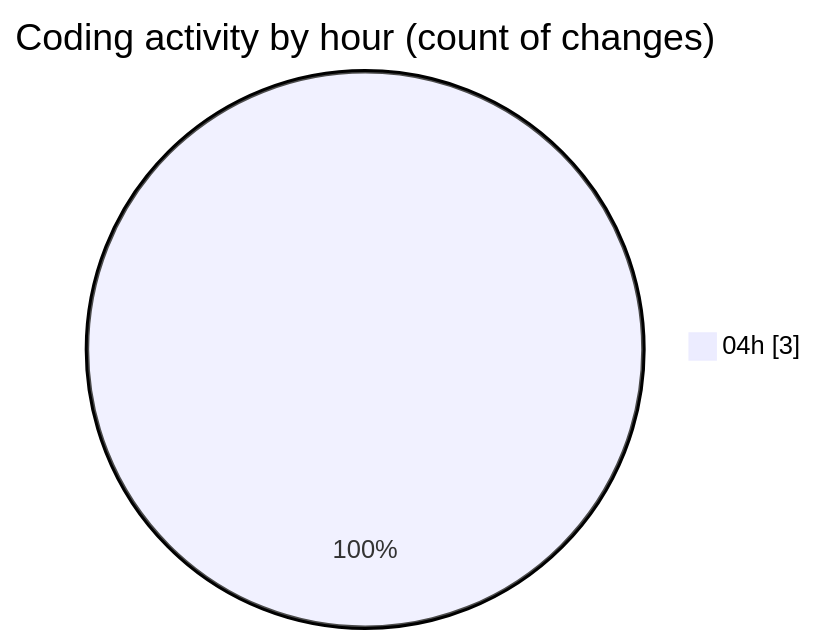
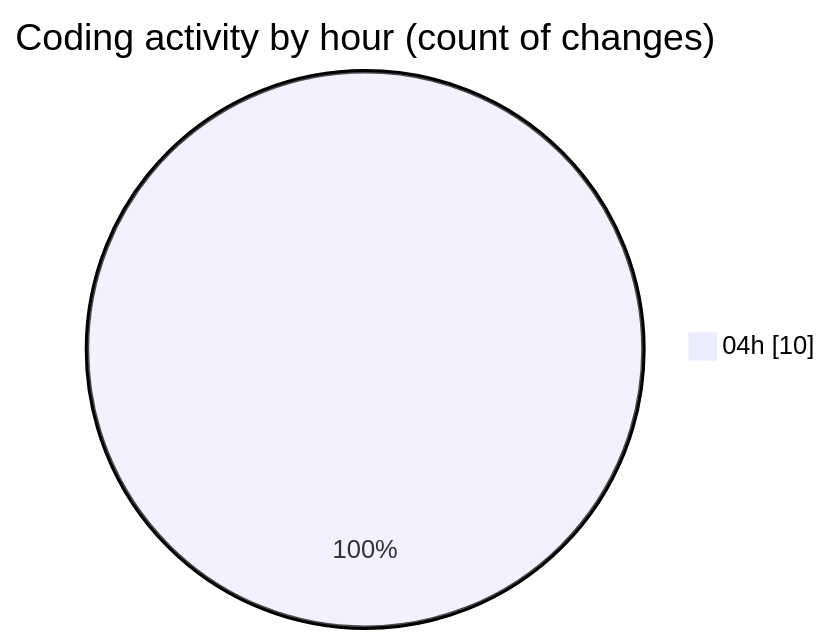
The second of 2 diagrams in 2025-03-17/sharpmasm/README.md (charlie-sans/code-tracking), drawn with Mermaid before and after one commit. The commit also changed other lines of this file and 1 other file, not shown here.

````diff
--- a/2025-03-17/sharpmasm/README.md
+++ b/2025-03-17/sharpmasm/README.md
@@ -29,5 +33,5 @@
 ```mermaid
 pie showData
 title Coding activity by hour (count of changes)
-"04h" : 3
+"04h" : 10
 ```
````
